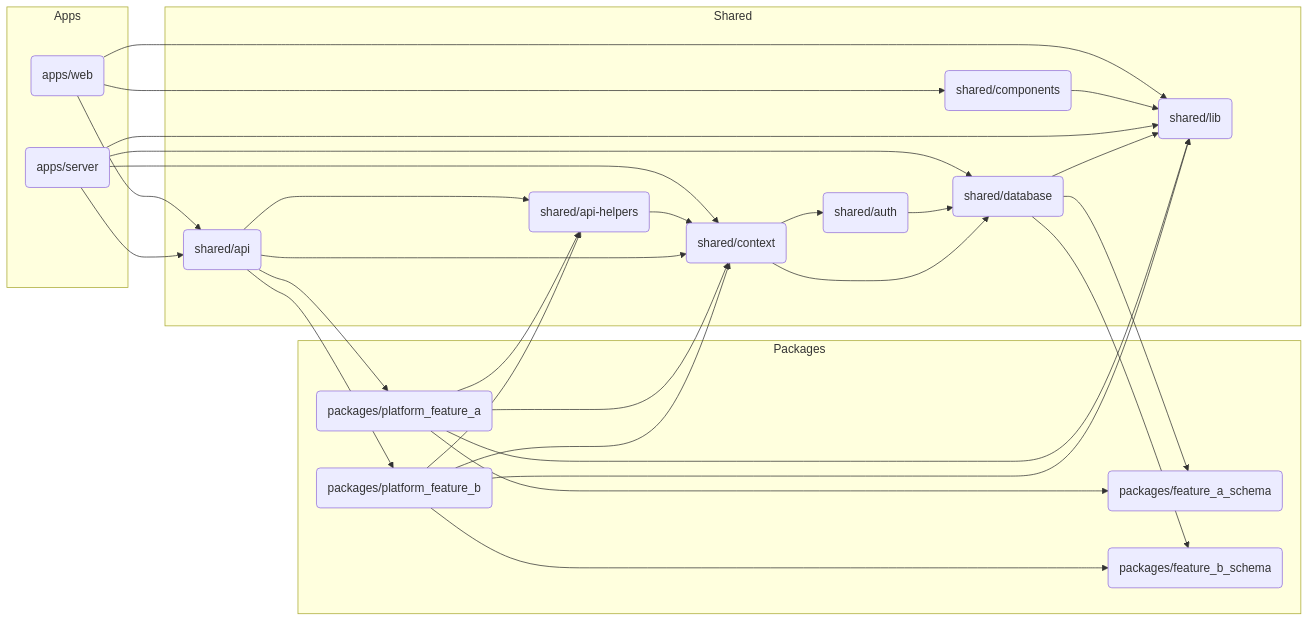
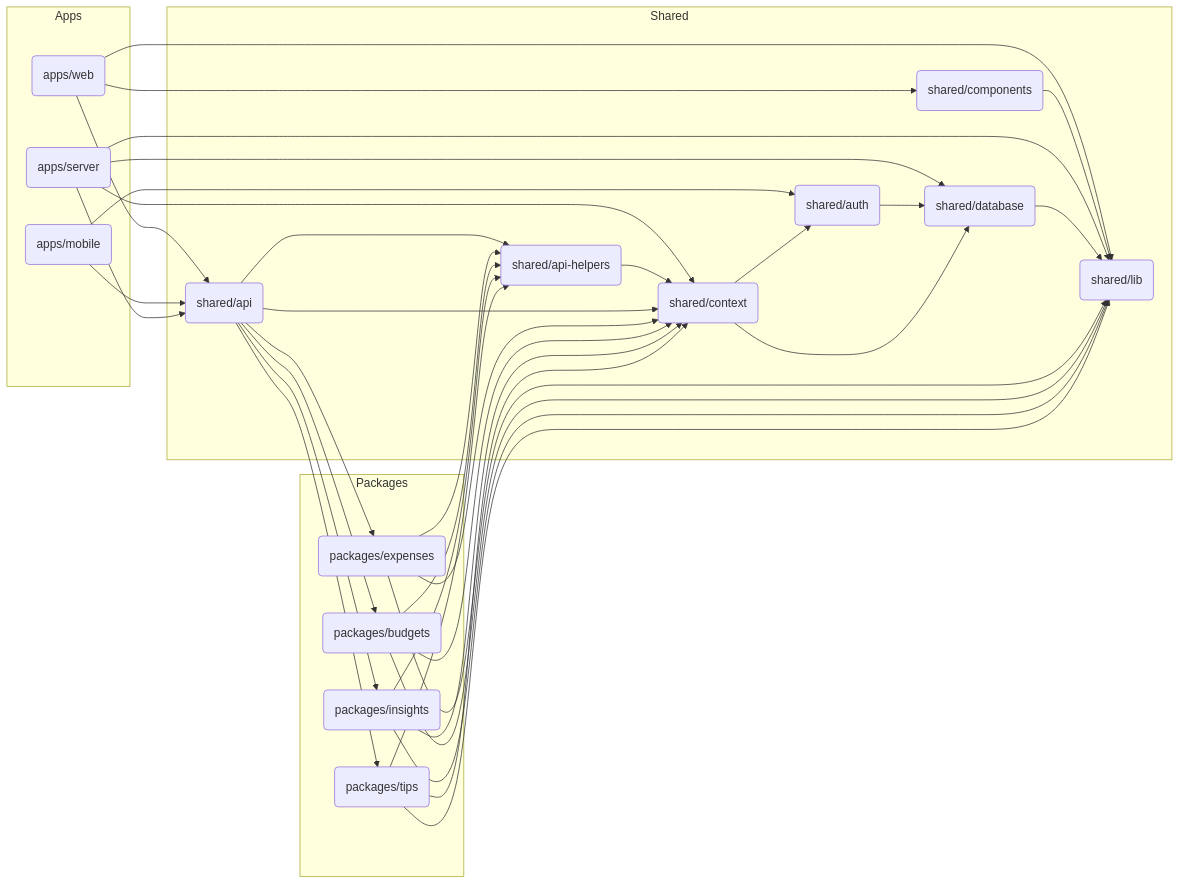
Before and after one commit to CesarArdilaB/getair: the diagram in README.md, drawn with Mermaid. The commit also changed other lines of this file and 3 other files, not shown here.

````diff
--- a/README.md
+++ b/README.md
@@ -32,61 +40,71 @@
 ```mermaid
 graph LR
     subgraph Apps
         web(apps/web)
+        mobile(apps/mobile)
         server(apps/server)
     end
 
     subgraph Shared
         lib(shared/lib)
         components(shared/components)
         api(shared/api)
         api_helpers(shared/api-helpers)
         context(shared/context)
         database(shared/database)
         auth(shared/auth)
     end
 
     subgraph Packages
-        feature_a(packages/platform_feature_a)
-        feature_b(packages/platform_feature_b)
-        feature_a_schema(packages/feature_a_schema)
-        feature_b_schema(packages/feature_b_schema)
+        expenses(packages/expenses)
+        budgets(packages/budgets)
+        insights(packages/insights)
+        tips(packages/tips)
     end
 
     web --> lib
     web --> components
     web --> api
+
+    mobile --> api
+    mobile --> auth
 
     components --> lib
 
     server --> lib
     server --> api
     server --> context
     server --> database
 
     api_helpers --> context
 
     api --> api_helpers
     api --> context
-    api --> feature_a
-    api --> feature_b
+    api --> expenses
+    api --> budgets
+    api --> insights
+    api --> tips
 
     auth --> database
 
     context --> database
     context --> auth
 
     database --> lib
-    database --> feature_a_schema
-    database --> feature_b_schema
 
-    feature_a --> context
-    feature_a --> feature_a_schema
-    feature_a --> api_helpers
-    feature_a --> lib
+    expenses --> context
+    expenses --> api_helpers
+    expenses --> lib
 
-    feature_b --> context
-    feature_b --> feature_b_schema
-    feature_b --> api_helpers
-    feature_b --> lib
+    budgets --> context
+    budgets --> api_helpers
+    budgets --> lib
+
+    insights --> context
+    insights --> api_helpers
+    insights --> lib
+
+    tips --> context
+    tips --> api_helpers
+    tips --> lib
 ```
````
